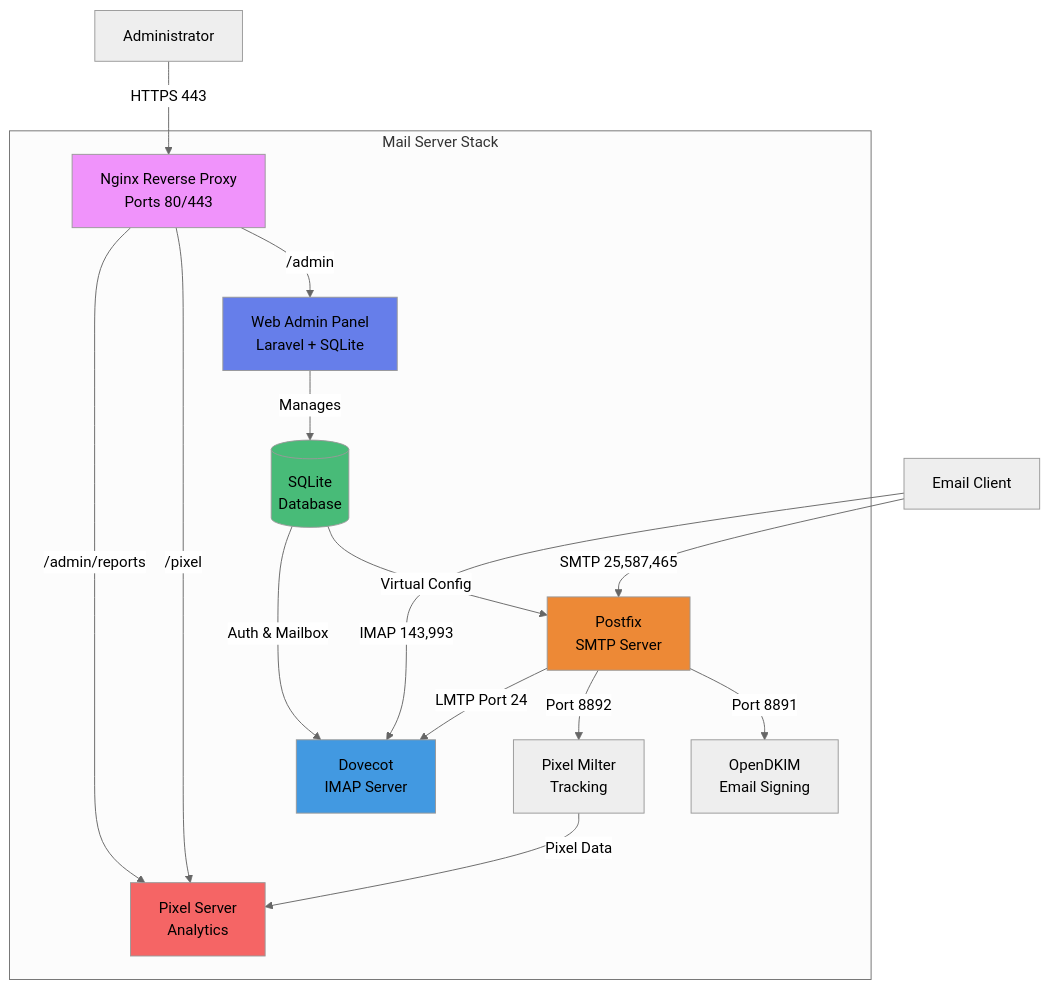
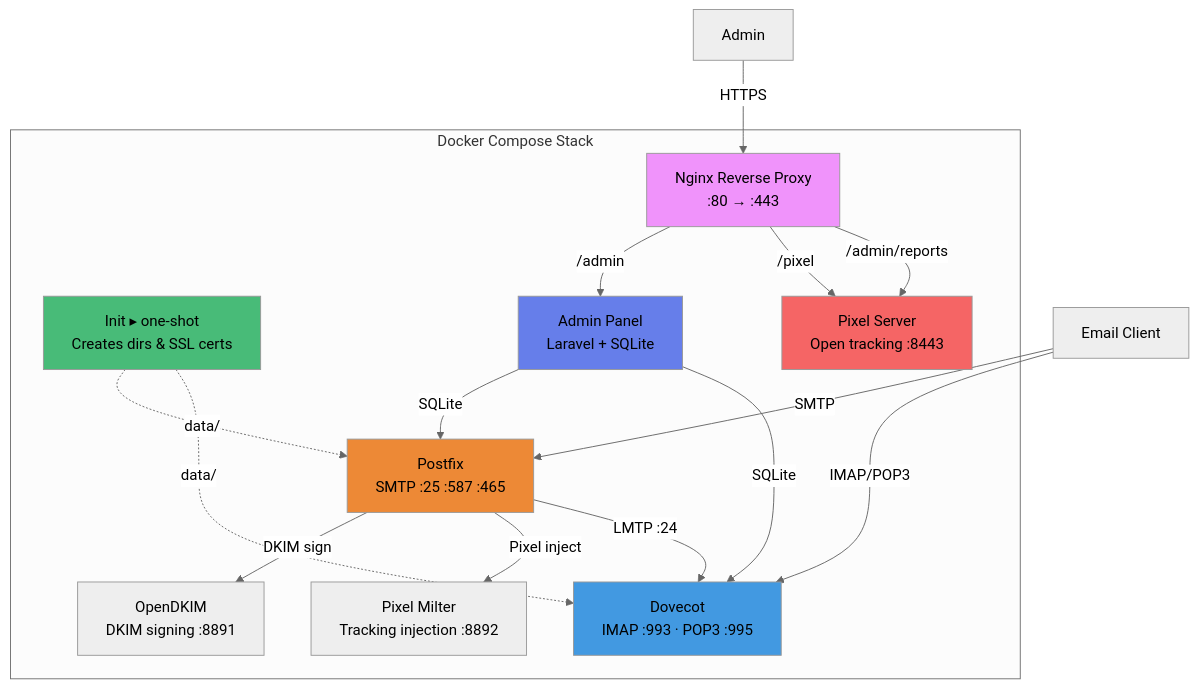
The diagram in README.md (tayyebi/mailserver), drawn with Mermaid (neutral theme) before and after one commit. The commit also changed other lines of this file and 18 other files, not shown here.

First line of the commit message:
Refactor email server setup and testing scripts

````diff
--- a/README.md
+++ b/README.md
@@ -15,37 +7,36 @@
 ```mermaid
 graph TB
-    subgraph "Mail Server Stack"
-        Proxy[Nginx Reverse Proxy<br/>Ports 80/443]
-        Admin[Web Admin Panel<br/>Laravel + SQLite]
-        DB[(SQLite<br/>Database)]
-        Postfix[Postfix<br/>SMTP Server]
-        Dovecot[Dovecot<br/>IMAP Server]
-        OpenDKIM[OpenDKIM<br/>Email Signing]
-        PixelMilter[Pixel Milter<br/>Tracking]
-        PixelServer[Pixel Server<br/>Analytics]
+    subgraph "Docker Compose Stack"
+        Init[Init ▸ one-shot<br/>Creates dirs & SSL certs]
+        Proxy[Nginx Reverse Proxy<br/>:80 → :443]
+        Admin[Admin Panel<br/>Laravel + SQLite]
+        Postfix[Postfix<br/>SMTP :25 :587 :465]
+        Dovecot[Dovecot<br/>IMAP :993 · POP3 :995]
+        OpenDKIM[OpenDKIM<br/>DKIM signing :8891]
+        PixelMilter[Pixel Milter<br/>Tracking injection :8892]
+        PixelServer[Pixel Server<br/>Open tracking :8443]
     end
-    
-    User[Administrator] -->|HTTPS 443| Proxy
+
+    User[Admin] -->|HTTPS| Proxy
     Proxy -->|/admin| Admin
     Proxy -->|/pixel| PixelServer
     Proxy -->|/admin/reports| PixelServer
-    
-    Admin -->|Manages| DB
-    DB -->|Virtual Config| Postfix
-    DB -->|Auth & Mailbox| Dovecot
-    
-    EmailClient[Email Client] -->|SMTP 25,587,465| Postfix
-    EmailClient -->|IMAP 143,993| Dovecot
-    
-    Postfix -->|Port 8891| OpenDKIM
-    Postfix -->|Port 8892| PixelMilter
-    Postfix -->|LMTP Port 24| Dovecot
-    PixelMilter -->|Pixel Data| PixelServer
-    
+
+    Client[Email Client] -->|SMTP| Postfix
+    Client -->|IMAP/POP3| Dovecot
+
+    Postfix -->|DKIM sign| OpenDKIM
+    Postfix -->|Pixel inject| PixelMilter
+    Postfix -->|LMTP :24| Dovecot
+    Admin -->|SQLite| Postfix
+    Admin -->|SQLite| Dovecot
+    Init -.->|data/| Postfix
+    Init -.->|data/| Dovecot
+
+    style Init fill:#48bb78
     style Proxy fill:#f093fb
     style Admin fill:#667eea
-    style DB fill:#48bb78
     style Postfix fill:#ed8936
     style Dovecot fill:#4299e1
     style PixelServer fill:#f56565
 ```
````
